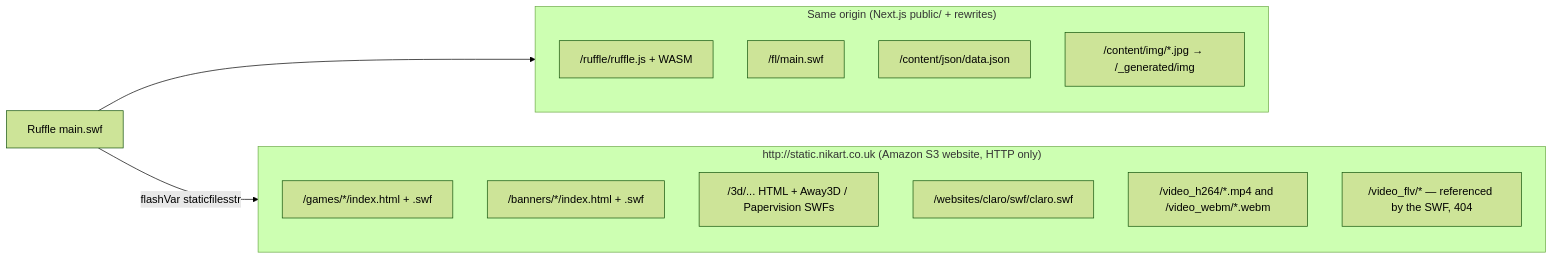
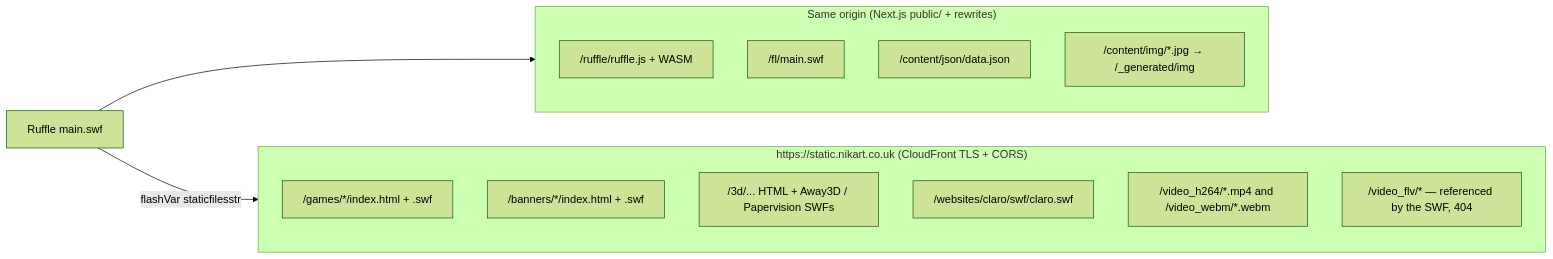
The third of 9 diagrams in docs/RUFFLE_PREVIEW.md (nikise1/nikart), drawn with Mermaid (forest theme) before and after one commit. The commit also changed other lines of this file and 8 other files, not shown here.

First line of the commit message:
Fix diagram SVGs so they parse as UTF-8 XML.

````diff
--- a/docs/RUFFLE_PREVIEW.md
+++ b/docs/RUFFLE_PREVIEW.md
@@ -72,21 +72,21 @@
 ```mermaid
 flowchart LR
   subgraph sameOrigin["Same origin (Next.js public/ + rewrites)"]
     r["/ruffle/ruffle.js + WASM"]
     m["/fl/main.swf"]
     j["/content/json/data.json"]
     i["/content/img/*.jpg → /_generated/img"]
   end
 
-  subgraph s3["http://static.nikart.co.uk (Amazon S3 website, HTTP only)"]
+  subgraph s3["https://static.nikart.co.uk (CloudFront TLS + CORS)"]
     g["/games/*/index.html + .swf"]
     b["/banners/*/index.html + .swf"]
     d["/3d/... HTML + Away3D / Papervision SWFs"]
     w["/websites/claro/swf/claro.swf"]
     v["/video_h264/*.mp4 and /video_webm/*.webm"]
     missing["/video_flv/* — referenced by the SWF, 404"]
   end
 
   swf["Ruffle main.swf"] --> sameOrigin
   swf -->|"flashVar staticfilesstr"| s3
 ```
````
